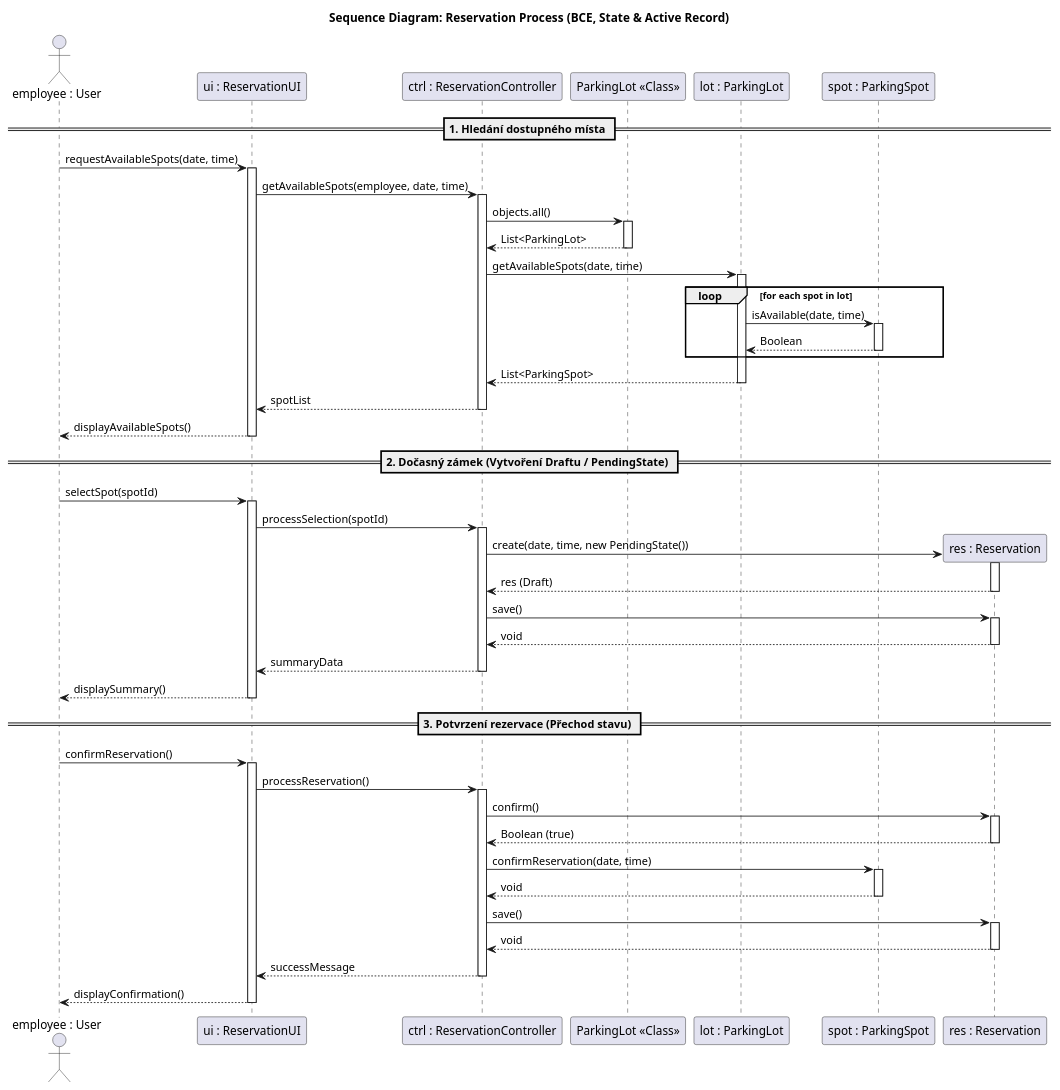
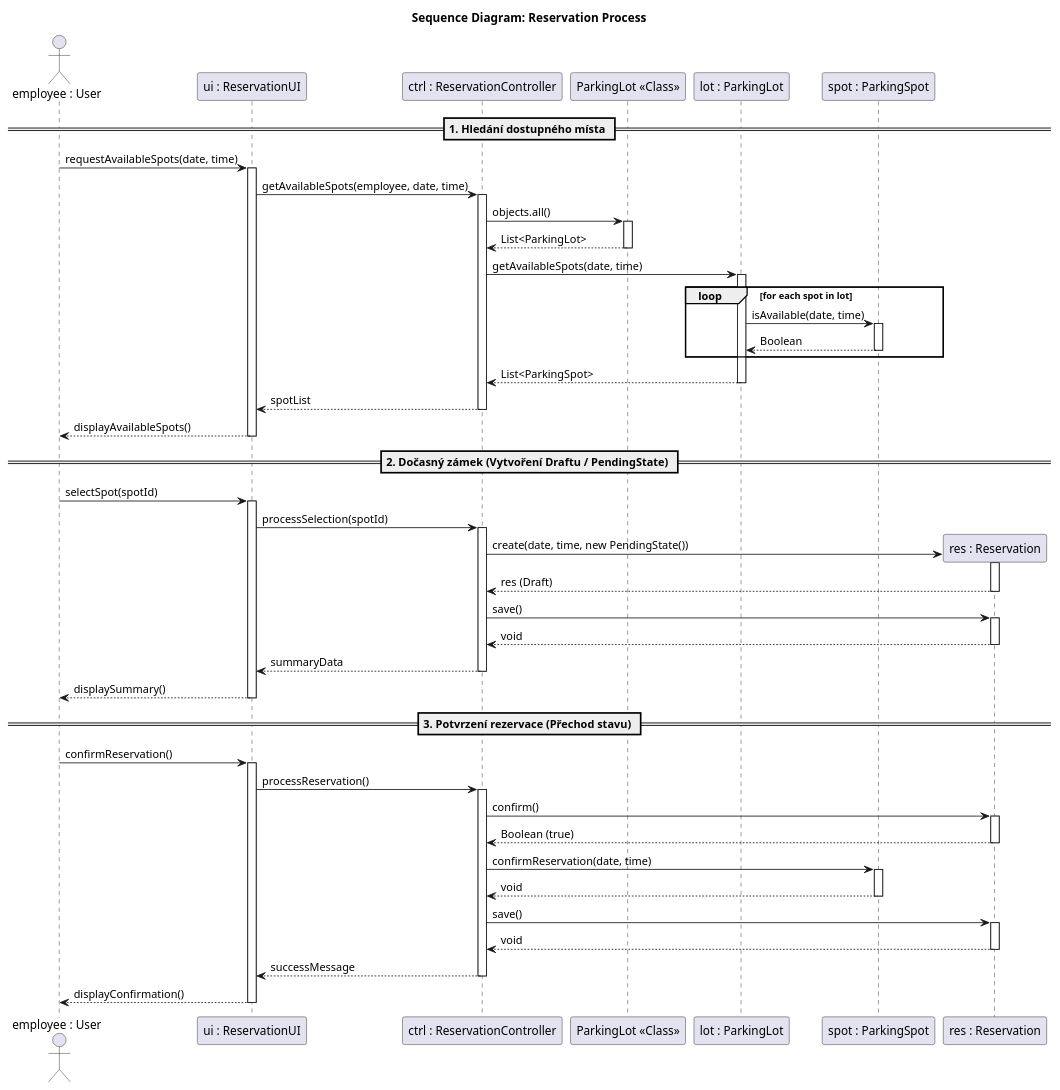
Before and after one commit to AidenCze/SWI-Project: the diagram in docs/diagramy/sequence-reservation.puml, drawn with PlantUML. The commit also changed 2 other files, not shown here.

Commit message:
Refactor sequence diagram titles for clarity and consistency

```diff
--- a/docs/diagramy/sequence-reservation.puml
+++ b/docs/diagramy/sequence-reservation.puml
@@ -1,106 +1,106 @@
 @startuml
-title Sequence Diagram: Reservation Process (BCE, State & Active Record)
+title Sequence Diagram: Reservation Process
 
 actor "employee : User" as emp
 participant "ui : ReservationUI" as ui
 participant "ctrl : ReservationController" as ctrl
 participant "ParkingLot <<Class>>" as lotClass
 participant "lot : ParkingLot" as lot
 participant "spot : ParkingSpot" as spot
 participant "res : Reservation" as res
 
 == 1. Hledání dostupného místa ==
 emp -> ui : requestAvailableSpots(date, time)
 activate ui
 
 ui -> ctrl : getAvailableSpots(employee, date, time)
 activate ctrl
 
 
 
 ' Načtení parkoviště (Active Record)
 ctrl -> lotClass : objects.all()
 activate lotClass
 lotClass --> ctrl : List<ParkingLot>
 deactivate lotClass
 
 ctrl -> lot : getAvailableSpots(date, time)
 activate lot
 
 loop for each spot in lot
     ' Volání metody, kterou máš v Class diagramu
     lot -> spot : isAvailable(date, time)
     activate spot
     spot --> lot : Boolean
     deactivate spot
 end
 
 lot --> ctrl : List<ParkingSpot>
 deactivate lot
 
 ctrl --> ui : spotList
 deactivate ctrl
 
 ui --> emp : displayAvailableSpots()
 deactivate ui
 
 == 2. Dočasný zámek (Vytvoření Draftu / PendingState) ==
 emp -> ui : selectSpot(spotId)
 activate ui
 
 ' UI informuje Controller o výběru
 ui -> ctrl : processSelection(spotId)
 activate ctrl
 
 ' VYTVOŘENÍ ZÁMKU: Instancování rezervace ve stavu Pending
 ctrl -> res ** : create(date, time, new PendingState())
 activate res
 res --> ctrl : res (Draft)
 deactivate res
 
 ' Zápis zámku do databáze
 ctrl -> res : save()
 activate res
 res --> ctrl : void
 deactivate res
 
 ctrl --> ui : summaryData
 deactivate ctrl
 
 ui --> emp : displaySummary()
 deactivate ui
 
 == 3. Potvrzení rezervace (Přechod stavu) ==
 emp -> ui : confirmReservation()
 activate ui
 
 ui -> ctrl : processReservation()
 activate ctrl
 
 ' Využití vzoru State k potvrzení
 ctrl -> res : confirm()
 activate res
 
 
 
 res --> ctrl : Boolean (true)
 deactivate res
 
 ' Entita místa se dozví o potvrzení (dle tvého Class diagramu)
 ctrl -> spot : confirmReservation(date, time)
 activate spot
 spot --> ctrl : void
 deactivate spot
 
 ' Uložení nového stavu do databáze
 ctrl -> res : save()
 activate res
 res --> ctrl : void
 deactivate res
 
 ctrl --> ui : successMessage
 deactivate ctrl
 
 ui --> emp : displayConfirmation()
 deactivate ui
 @enduml
```
